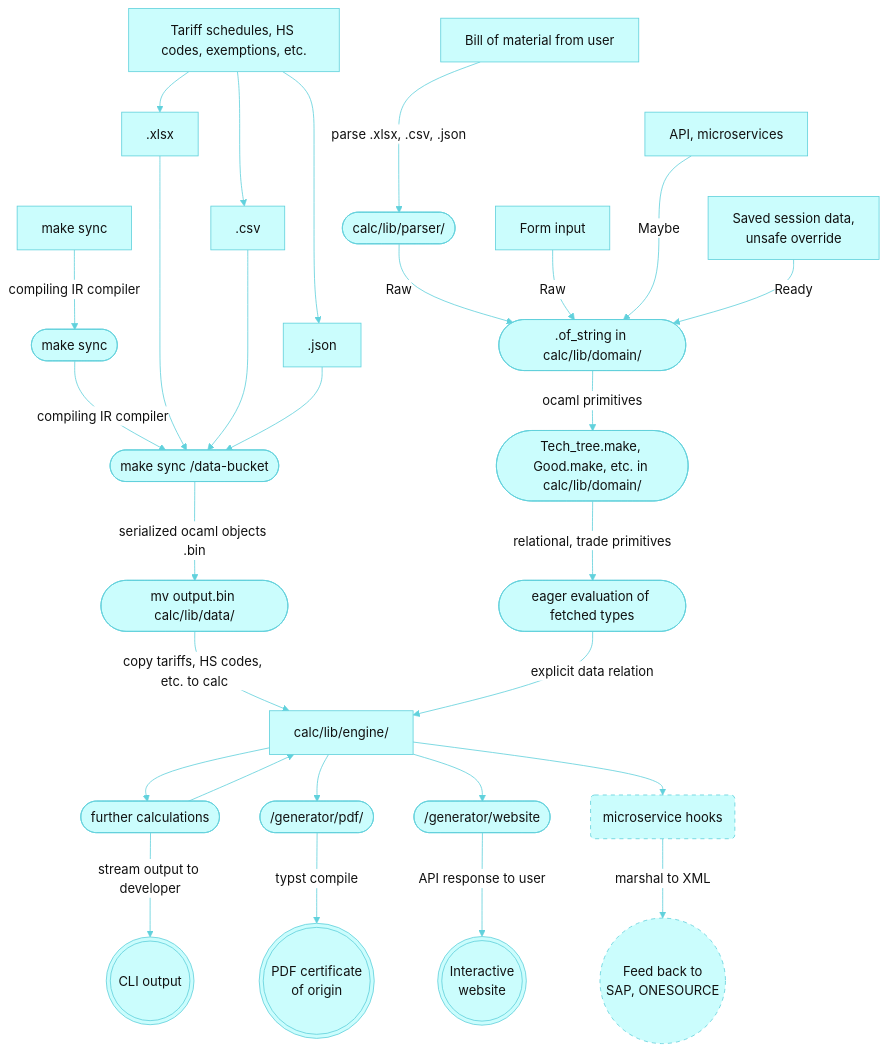
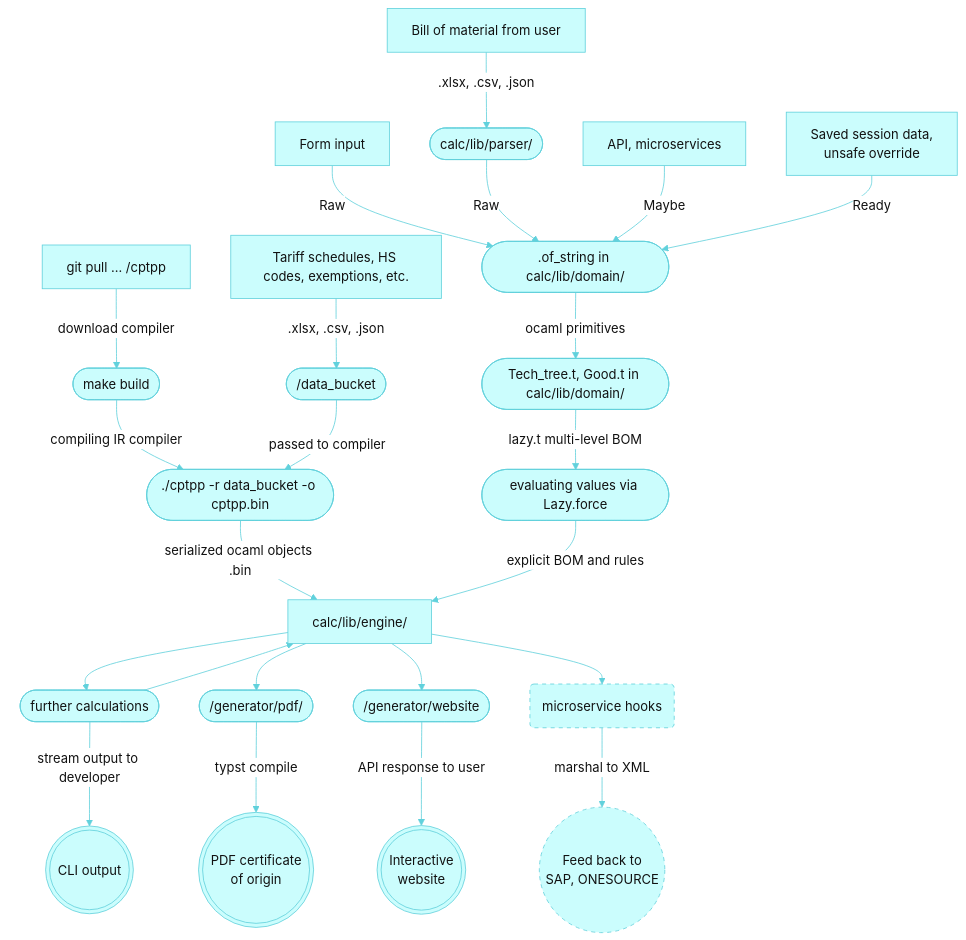
Before and after one commit to nguyenhoangan-monkey/cptpp-calculator: the diagram in README.md, drawn with Mermaid.

````diff
--- a/README.md
+++ b/README.md
@@ -27,64 +27,52 @@
 ```mermaid
 %%{init: {
   'theme': 'base', 
   'themeVariables': {
     'background': '#CBFDFD',
     'primaryColor': '#CBFDFD',
     'primaryTextColor': '#111111',
     'lineColor': '#61D1DC',
     'edgeLabelBackground': '#ffffff',
     'subgraphBackground': '#CBFDFD',
     'subgraphBorderColor': '#61D1DC',
     'clusterBkg': '#CBFDFD',
     'clusterBorder': '#61D1DC',
     'nodeBorder': '#61D1DC'
   } 
 }}%%
 graph TD
-    Step_1[make sync] -->|compiling IR compiler| Step_2([make sync])
-    Step_2 -->|compiling IR compiler| Step_3([make sync /data-bucket])
+    Step_1[git pull ... /cptpp] -->|download compiler| Step_2
+    Step_2([make build]) -->|compiling IR compiler| Step_4
 
-    Source[Tariff schedules, HS codes, exemptions, etc.] --> XLSX_Ingress
-    Source --> CSV_Ingress
-    Source --> JSON_Ingress
+    Source[Tariff schedules, HS codes, exemptions, etc.] -->|.xlsx, .csv, .json| Step_3([/data_bucket])
+    
+    Step_3 -->|passed to compiler| Step_4([./cptpp -r data_bucket -o cptpp.bin])
+    Step_4 -->|serialized ocaml objects .bin| Step_5[calc/lib/engine/]
 
-    XLSX_Ingress ~~~ CSV_Ingress ~~~ JSON_Ingress
-    XLSX_Ingress[.xlsx]
-    CSV_Ingress[.csv]
-    JSON_Ingress[.json]
-
-    XLSX_Ingress --> Step_3
-    CSV_Ingress  --> Step_3
-    JSON_Ingress --> Step_3
-    
-    Step_3 -->|serialized ocaml objects .bin| Step_4([mv output.bin calc/lib/data/])
-
-    User ~~~ Payload ~~~ Override
-    User[Bill of material from user] -->|parse .xlsx, .csv, .json| Processing([calc/lib/parser/])
+    Forminput[Form input] -->|Raw| Inter_Step1
+    User[Bill of material from user] -->|.xlsx, .csv, .json| Processing([calc/lib/parser/])
     Processing -->|Raw| Inter_Step1([.of_string in calc/lib/domain/])
-    Forminput[Form input] -->|Raw| Inter_Step1
     Payload[API, microservices] -->|Maybe| Inter_Step1
     Override[Saved session data,<br>unsafe override] -->|Ready| Inter_Step1
 
-    Inter_Step1 -->|ocaml primitives| Inter_Step2([Tech_tree.make, Good.make, etc. in calc/lib/domain/])
-    Inter_Step2 -->|relational, trade primitives| Domain([eager evaluation of fetched types])
+    Inter_Step1 -->|ocaml primitives| Inter_Step2([Tech_tree.t, Good.t in calc/lib/domain/])
+    Inter_Step2 -->|lazy.t multi-level BOM| Domain([evaluating values via Lazy.force])
 
-    Step_4 -->|copy tariffs, HS codes, etc. to calc| Step_5[calc/lib/engine/]
-    Domain -->|explicit data relation| Step_5
+    Domain -->|explicit BOM and rules| Step_5
     
     Step_5 --> Step_6A([further calculations])
     Step_6A --> Step_5
     Step_6A -->|stream output to developer| CLI_Product(((CLI output)))
 
     Step_5 --> Step_6B([/generator/pdf/])
     Step_6B -->|typst compile| PDF_Product(((PDF certificate<br>of origin)))
 
     Step_5 --> Step_6C([/generator/website])
     Step_6C -->|API response to user| Web_Product(((Interactive<br>website)))
 
     Step_5 --> Step_6D(microservice hooks)
     style Step_6D stroke-dasharray: 5 5
     Step_6D -->|marshal to XML| Pipeline((Feed back to<br>SAP, ONESOURCE))
     style Pipeline stroke-dasharray: 5 5
 
 ```
````
